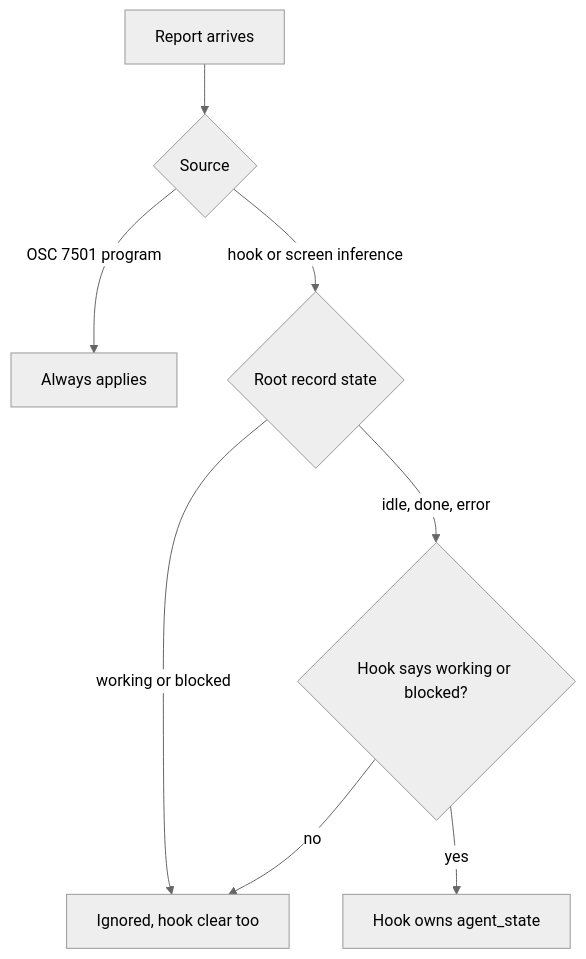
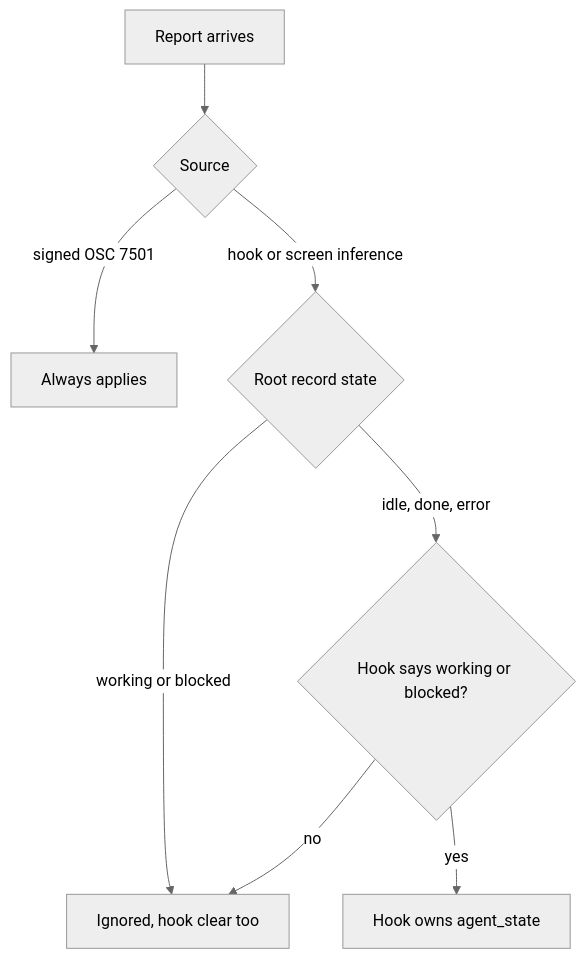
One commit to darkroomengineering/programa changed the diagram in docs/program-status.md. Above: the diagram before and after it, drawn with Mermaid (neutral theme). The commit also changed other lines of this file and 17 other files, not shown here.

````diff
--- a/docs/program-status.md
+++ b/docs/program-status.md
@@ -87,10 +115,10 @@
 ```mermaid
 flowchart TD
   R[Report arrives] --> S{Source}
-  S -->|OSC 7501 program| A[Always applies]
+  S -->|signed OSC 7501| A[Always applies]
   S -->|hook or screen inference| Q{Root record state}
   Q -->|working or blocked| X[Ignored, hook clear too]
   Q -->|idle, done, error| H{Hook says working or blocked?}
   H -->|yes| O[Hook owns agent_state]
   H -->|no| X
 ```
````
